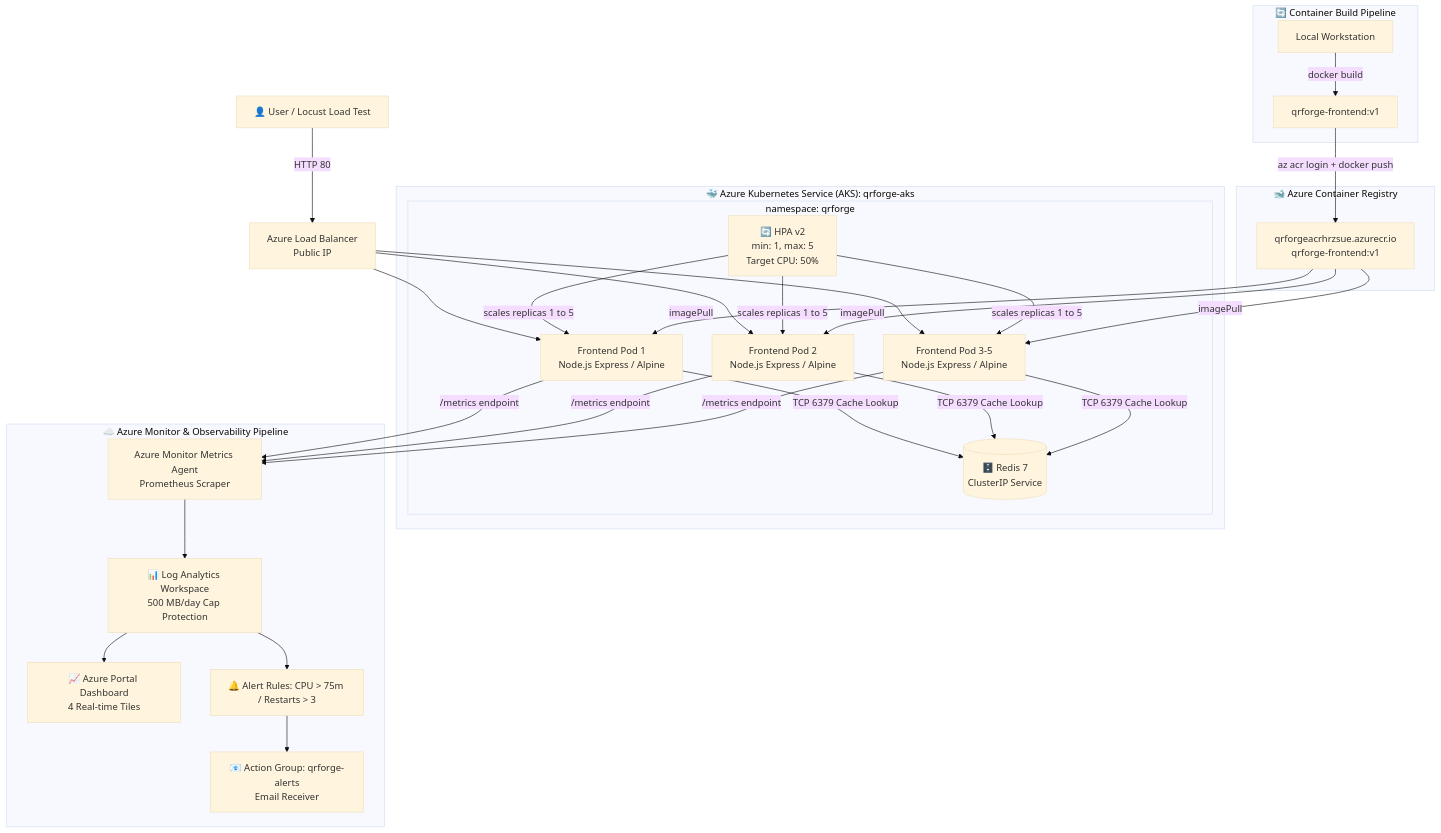
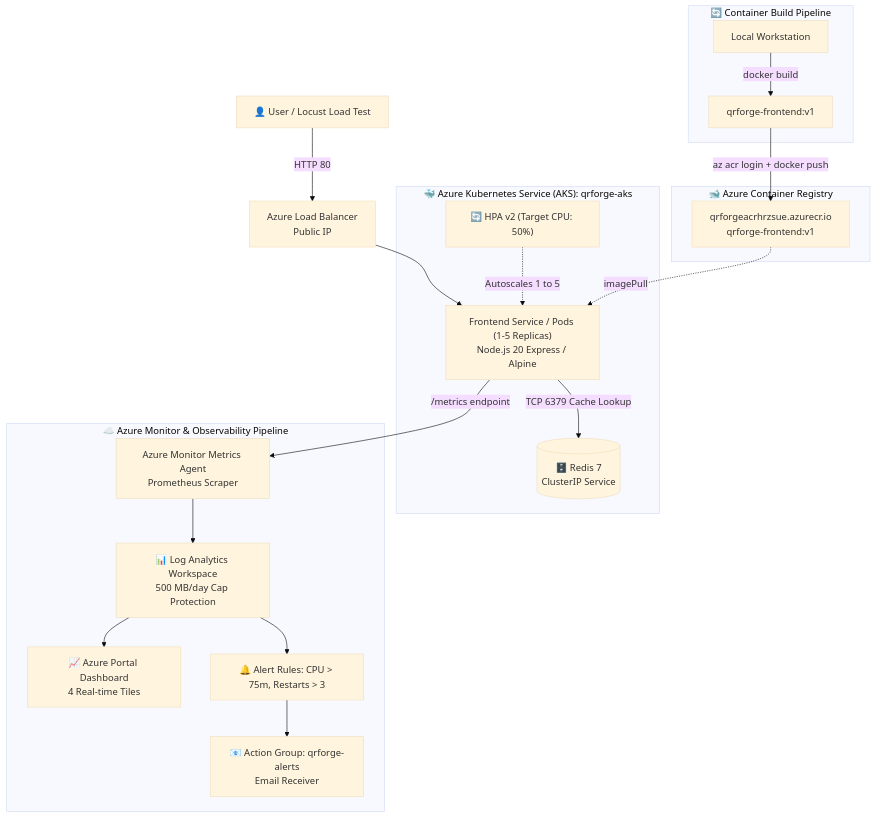
Before and after one commit to salonipatidar18/Lab2-Cloud-Computing: the diagram in README.md, drawn with Mermaid (base theme).

Commit message:
fix(docs): optimize mermaid flowchart for full GitHub rendering compatibility

````diff
--- a/README.md
+++ b/README.md
@@ -17,43 +17,36 @@
 ```mermaid
-graph TB
+flowchart TB
     Client["👤 User / Locust Load Test"] -->|HTTP 80| LB["Azure Load Balancer<br/>Public IP"]
-    LB --> FE1["Frontend Pod 1<br/>Node.js Express / Alpine"]
-    LB --> FE2["Frontend Pod 2<br/>Node.js Express / Alpine"]
-    LB --> FE3["Frontend Pod 3-5<br/>Node.js Express / Alpine"]
+    LB --> FE["Frontend Service / Pods (1-5 Replicas)<br/>Node.js 20 Express / Alpine"]
 
     subgraph AKS["🐳 Azure Kubernetes Service (AKS): qrforge-aks"]
-        subgraph NS["namespace: qrforge"]
-            FE1 & FE2 & FE3
-            HPA["🔄 HPA v2<br/>min: 1, max: 5<br/>Target CPU: 50%"]
-            Redis[("🗄️ Redis 7<br/>ClusterIP Service")]
-        end
-        HPA -->|scales replicas 1 to 5| FE1 & FE2 & FE3
+        FE -->|TCP 6379 Cache Lookup| Redis[("🗄️ Redis 7<br/>ClusterIP Service")]
+        HPA["🔄 HPA v2 (Target CPU: 50%)"] -.->|Autoscales 1 to 5| FE
     end
-
-    FE1 & FE2 & FE3 -->|TCP 6379 Cache Lookup| Redis
 
     subgraph Azure["☁️ Azure Monitor & Observability Pipeline"]
         AMA["Azure Monitor Metrics Agent<br/>Prometheus Scraper"]
         LAW["📊 Log Analytics Workspace<br/>500 MB/day Cap Protection"]
         Dashboard["📈 Azure Portal Dashboard<br/>4 Real-time Tiles"]
-        Alerts["🔔 Alert Rules: CPU > 75m / Restarts > 3"]
+        Alerts["🔔 Alert Rules: CPU > 75m, Restarts > 3"]
         AG["📧 Action Group: qrforge-alerts<br/>Email Receiver"]
+
+        AMA --> LAW
+        LAW --> Dashboard
+        LAW --> Alerts
+        Alerts --> AG
     end
 
-    FE1 & FE2 & FE3 -->|/metrics endpoint| AMA
-    AMA --> LAW
-    LAW --> Dashboard
-    LAW --> Alerts
-    Alerts --> AG
+    FE -->|/metrics endpoint| AMA
 
     subgraph ACR["🐋 Azure Container Registry"]
         Img["qrforgeacrhrzsue.azurecr.io<br/>qrforge-frontend:v1"]
     end
 
-    Img -->|imagePull| FE1 & FE2 & FE3
+    Img -.->|imagePull| FE
 
     subgraph Build["🔄 Container Build Pipeline"]
         Dev["Local Workstation"] -->|docker build| LocalImg["qrforge-frontend:v1"]
         LocalImg -->|az acr login + docker push| Img
     end
 ```
````
